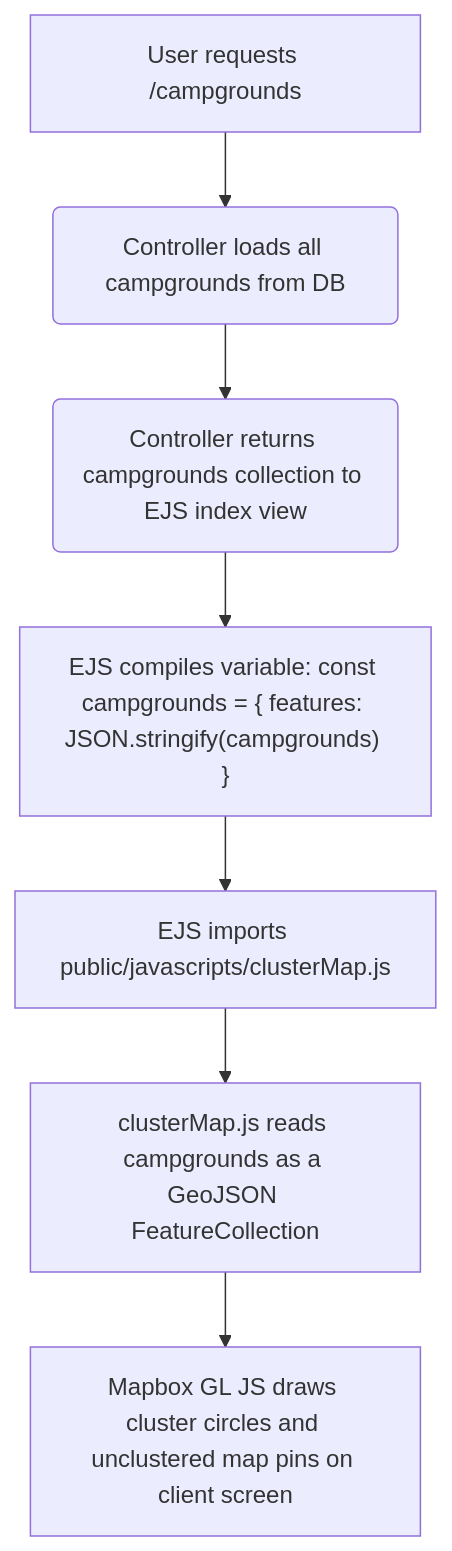
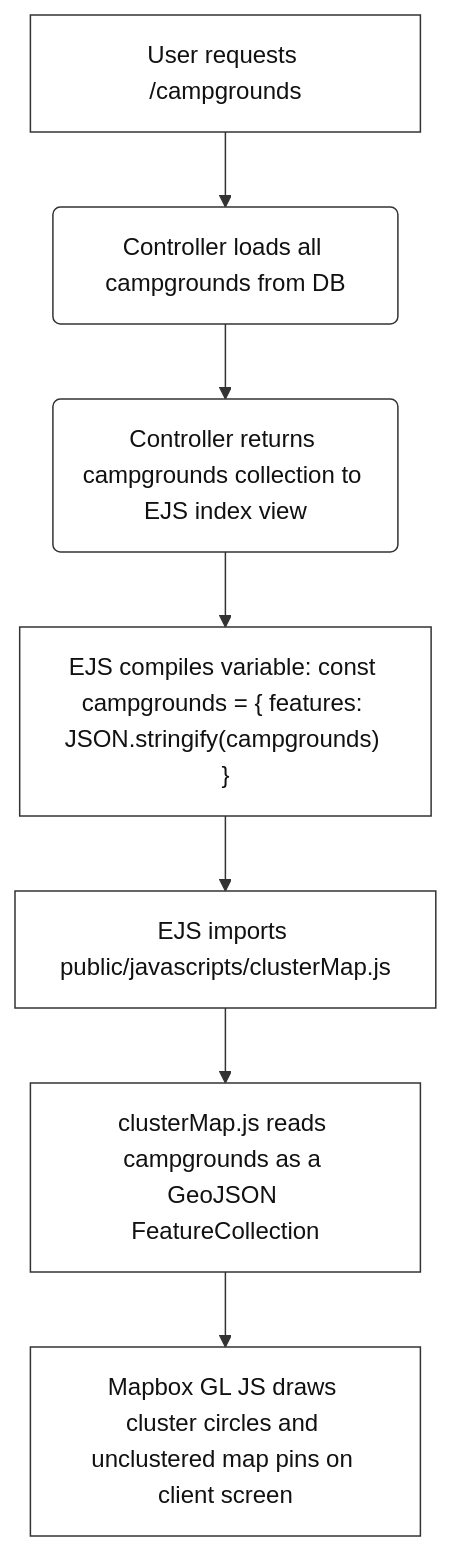
One commit to fearlessfreakk/yelpCamp---Learn-WebDev changed the sixth of 6 diagrams in PROJECT_ARCHITECTURE.md. Above: the diagram before and after it, drawn with Mermaid. The commit also changed other lines of this file, not shown here.

Commit message:
Set white background and increase font size for all architecture diagrams

````diff
--- a/PROJECT_ARCHITECTURE.md
+++ b/PROJECT_ARCHITECTURE.md
@@ -289,9 +294,10 @@
 ```mermaid
+%%{init: {'theme': 'base', 'themeVariables': {'fontSize': '16px', 'fontFamily': 'Arial, sans-serif', 'primaryColor': '#ffffff', 'primaryTextColor': '#111111', 'primaryBorderColor': '#333333', 'lineColor': '#333333', 'edgeLabelBackground': '#ffffff', 'tertiaryColor': '#ffffff', 'mainBkg': '#ffffff', 'nodeBorder': '#333333'}}}%%
 flowchart TD
     A["User requests /campgrounds"] --> B("Controller loads all campgrounds from DB")
     B --> C("Controller returns campgrounds collection to EJS index view")
     C --> D["EJS compiles variable: const campgrounds = { features: JSON.stringify(campgrounds) }"]
     D --> E["EJS imports public/javascripts/clusterMap.js"]
     E --> F["clusterMap.js reads campgrounds as a GeoJSON FeatureCollection"]
     F --> G["Mapbox GL JS draws cluster circles and unclustered map pins on client screen"]
 ```
````
